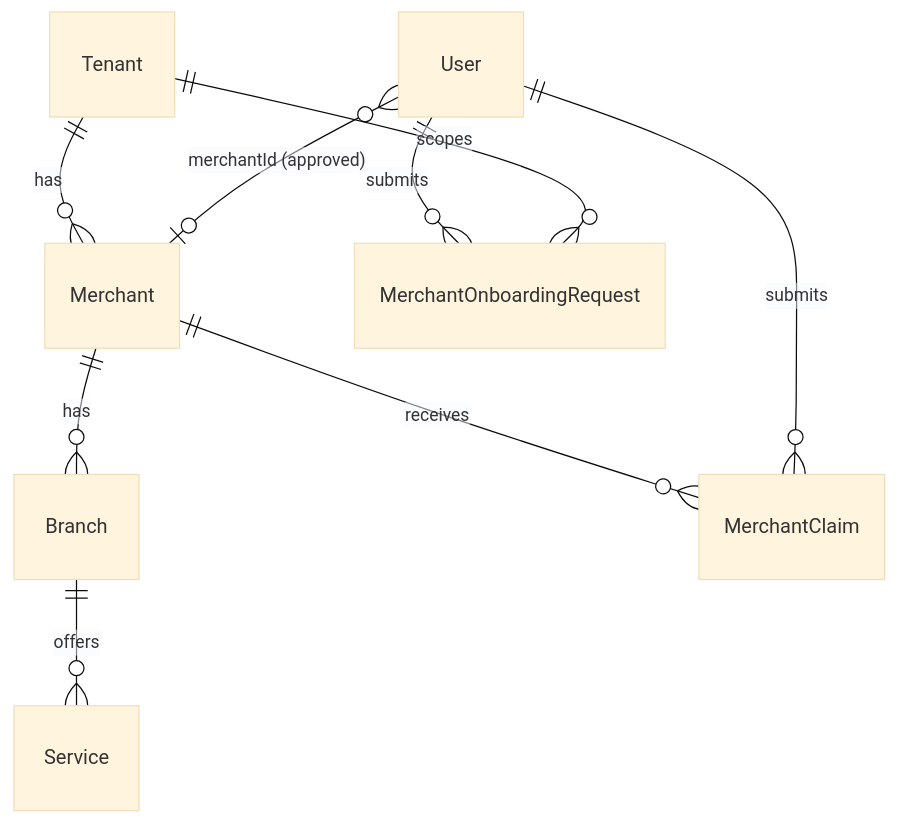
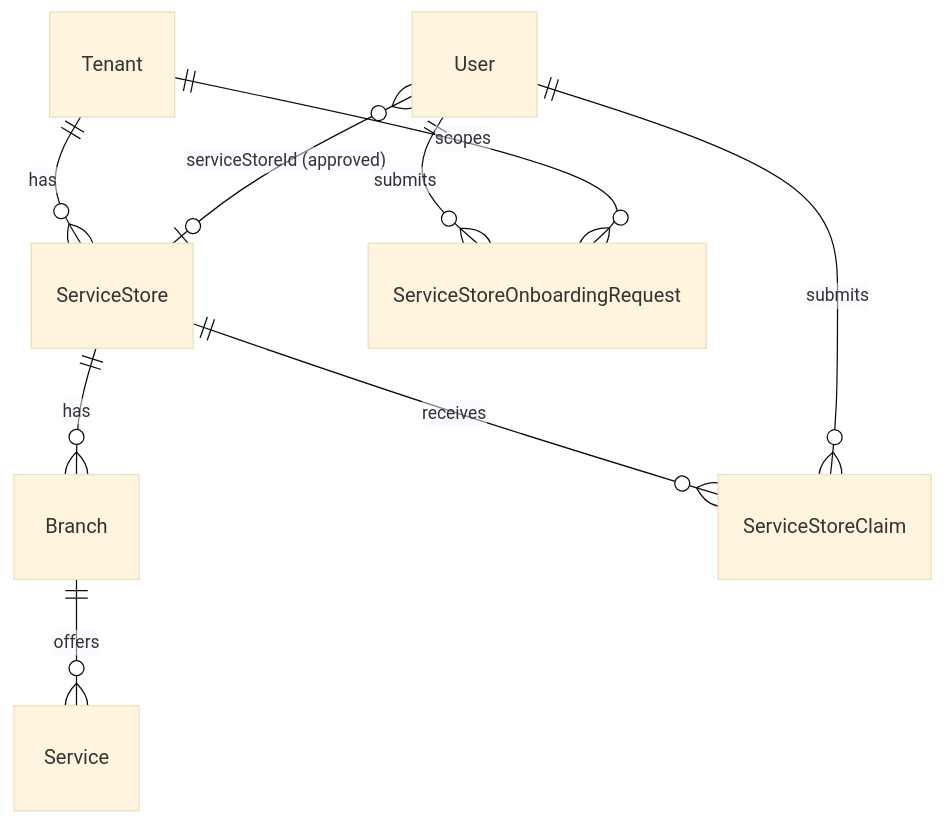
The first of 3 diagrams in docs/architecture/merchant.md (plc-r-dev/autohub), drawn with Mermaid (base theme) before and after one commit. The commit also changed other lines of this file and 286 other files, not shown here.

First line of the commit message:
refactor: complete merchant-to-ServiceStore rename and customer LIFF restructure

````diff
--- a/docs/architecture/merchant.md
+++ b/docs/architecture/merchant.md
@@ -7,11 +7,11 @@
 ```mermaid
 erDiagram
-  Tenant ||--o{ Merchant : has
-  Merchant ||--o{ Branch : has
+  Tenant ||--o{ ServiceStore : has
+  ServiceStore ||--o{ Branch : has
   Branch ||--o{ Service : offers
-  Merchant ||--o{ MerchantClaim : receives
-  User ||--o{ MerchantClaim : submits
-  User }o--o| Merchant : "merchantId (approved)"
-  User ||--o{ MerchantOnboardingRequest : submits
-  Tenant ||--o{ MerchantOnboardingRequest : scopes
+  ServiceStore ||--o{ ServiceStoreClaim : receives
+  User ||--o{ ServiceStoreClaim : submits
+  User }o--o| ServiceStore : "serviceStoreId (approved)"
+  User ||--o{ ServiceStoreOnboardingRequest : submits
+  Tenant ||--o{ ServiceStoreOnboardingRequest : scopes
 ```
````
